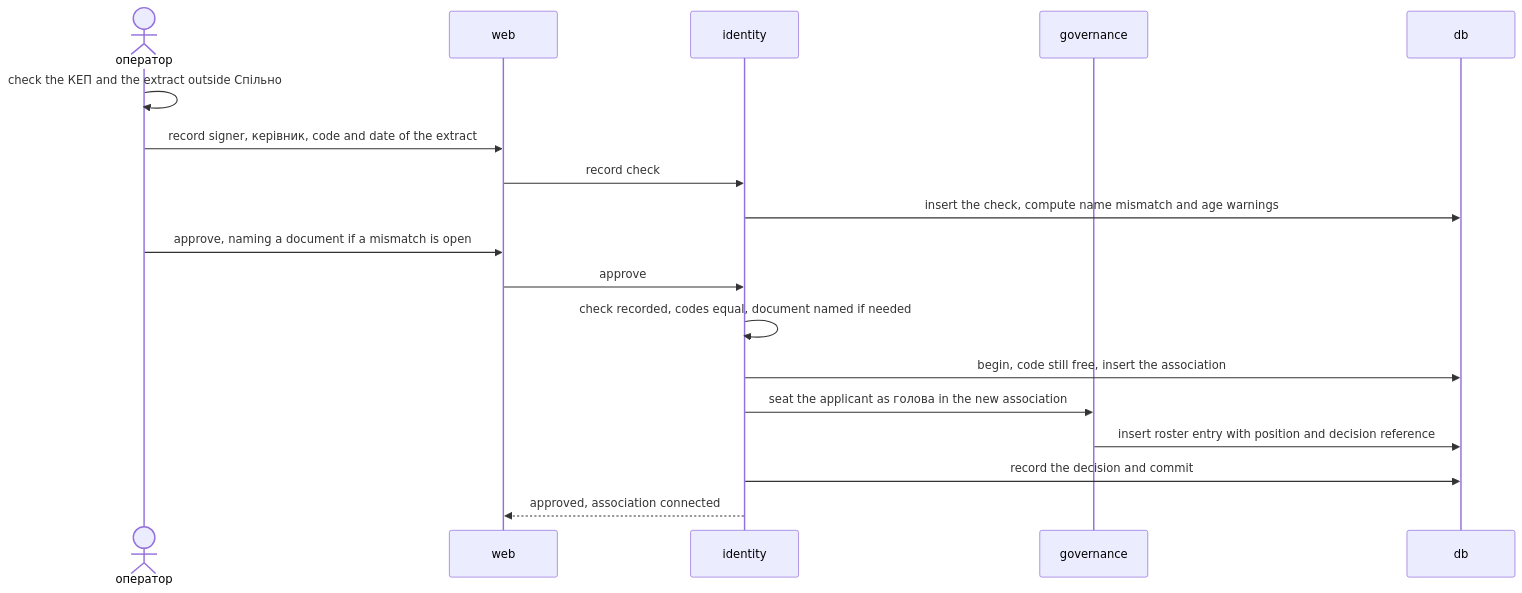
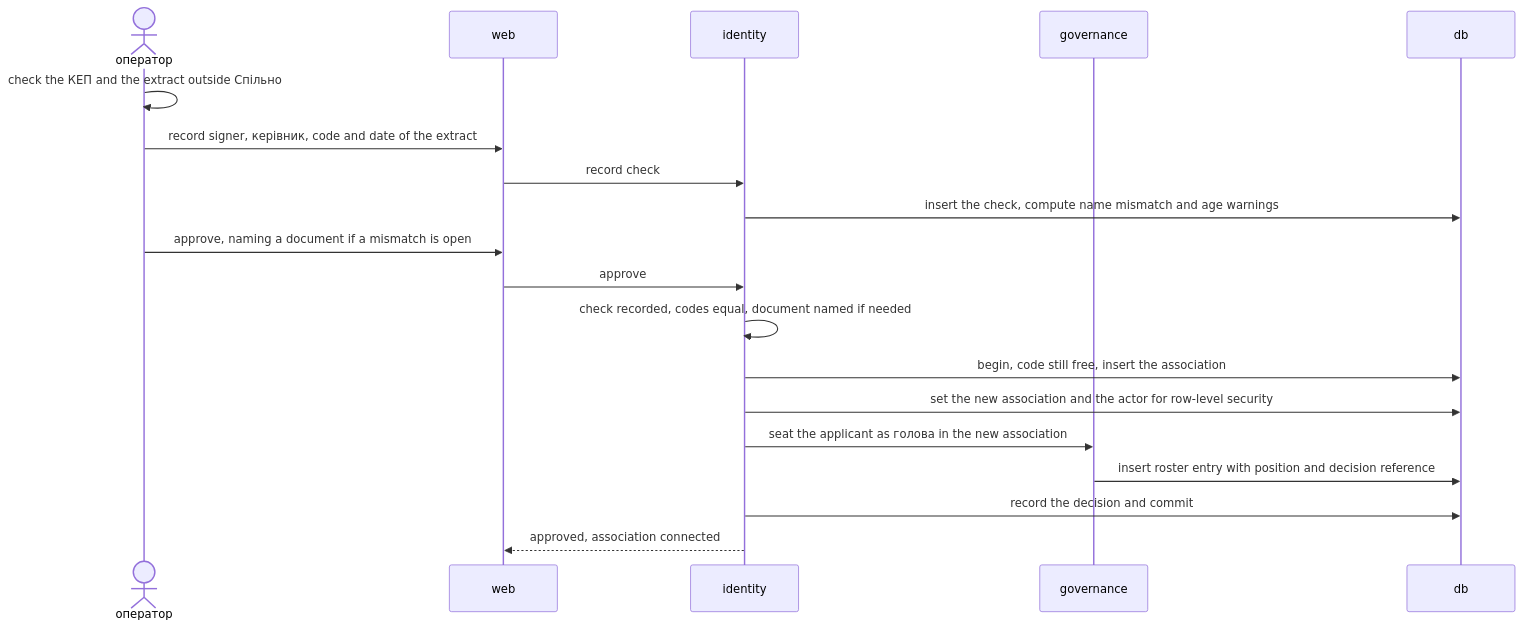
Before and after one commit to AndriiOpryshko/spilno: the fourth of 6 diagrams in docs/features/association-onboarding/sad.md, drawn with Mermaid. The commit also changed other lines of this file and 2 other files, not shown here.

First line of the commit message:
docs(onboarding): SAD and ADRs via ao-architecture

````diff
--- a/docs/features/association-onboarding/sad.md
+++ b/docs/features/association-onboarding/sad.md
@@ -204,20 +204,21 @@
 ```mermaid
 sequenceDiagram
     actor O as оператор
     participant W as web
     participant I as identity
     participant G as governance
     participant D as db
     O->>O: check the КЕП and the extract outside Спільно
     O->>W: record signer, керівник, code and date of the extract
     W->>I: record check
     I->>D: insert the check, compute name mismatch and age warnings
     O->>W: approve, naming a document if a mismatch is open
     W->>I: approve
     I->>I: check recorded, codes equal, document named if needed
     I->>D: begin, code still free, insert the association
+    I->>D: set the new association and the actor for row-level security
     I->>G: seat the applicant as голова in the new association
     G->>D: insert roster entry with position and decision reference
     I->>D: record the decision and commit
     I-->>W: approved, association connected
 ```
````
